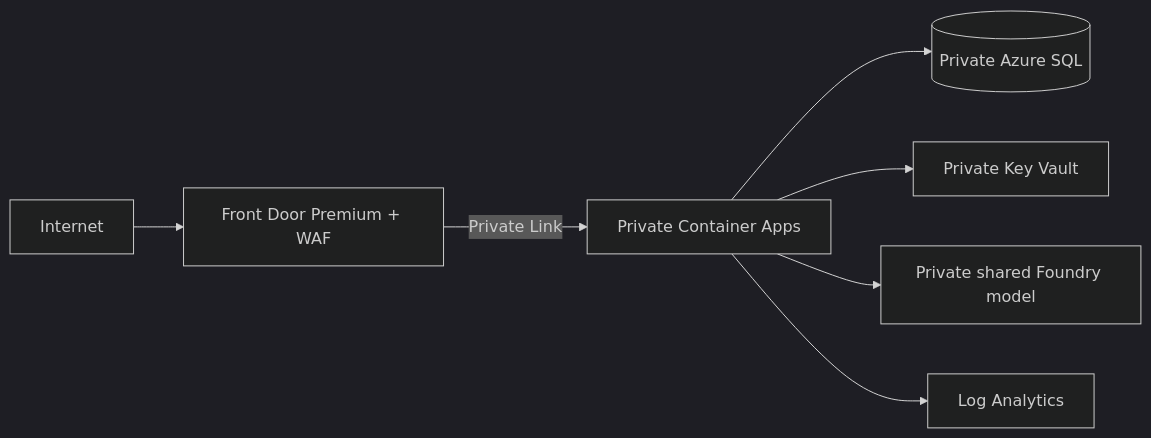
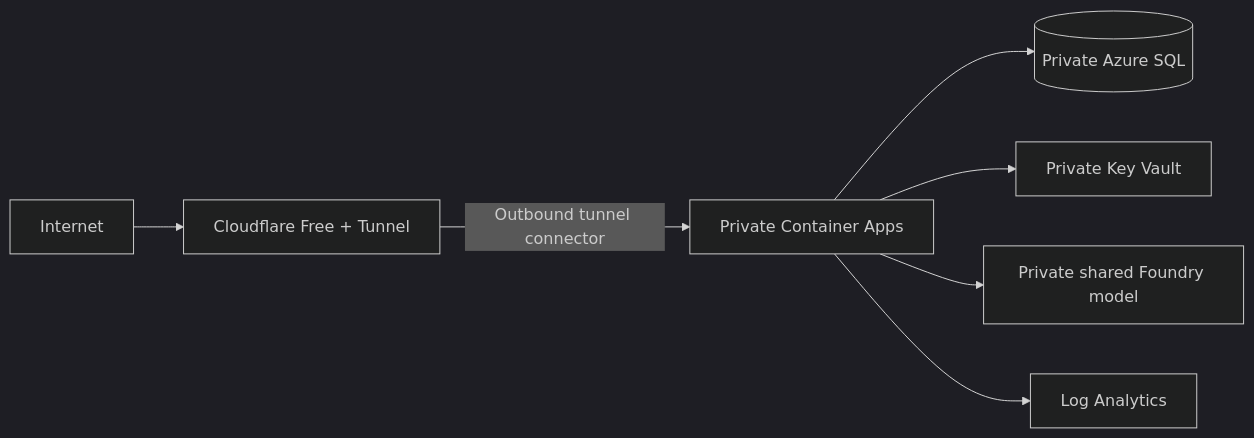
One commit to sumitsharma01/soloai changed the second of 2 diagrams in README.md. Above: the diagram before and after it, drawn with Mermaid (dark theme). The commit also changed other lines of this file and 24 other files, not shown here.

Commit message:
Replace Front Door with Cloudflare Free tunnel edge

````diff
--- a/README.md
+++ b/README.md
@@ -207,9 +206,9 @@
 ```mermaid
 flowchart LR
-  I[Internet] --> F[Front Door Premium + WAF]
-  F -->|Private Link| A[Private Container Apps]
+  I[Internet] --> F[Cloudflare Free + Tunnel]
+  F -->|Outbound tunnel connector| A[Private Container Apps]
   A --> P[(Private Azure SQL)]
   A --> K[Private Key Vault]
   A --> M[Private shared Foundry model]
   A --> L[Log Analytics]
 ```
````
